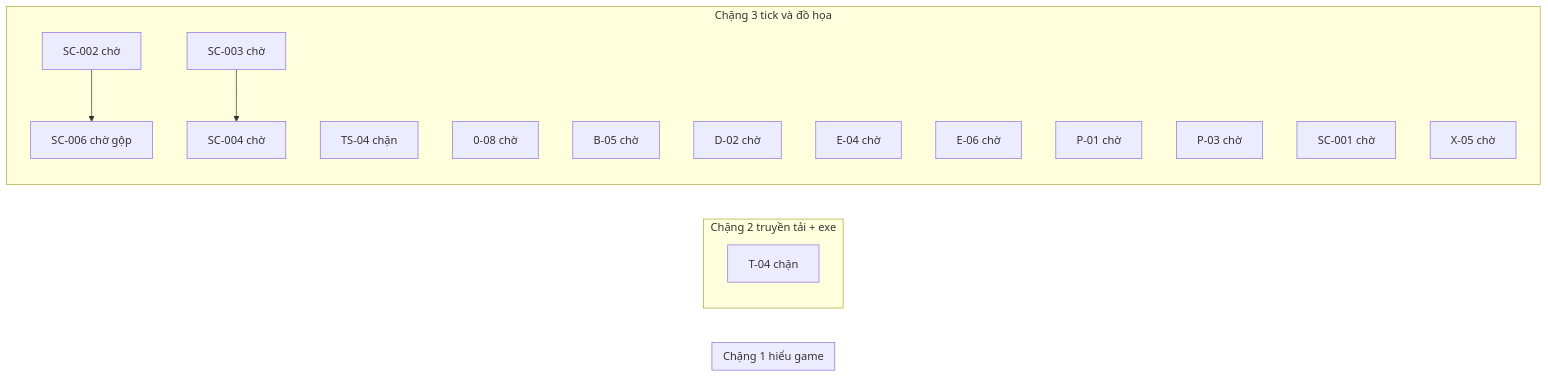
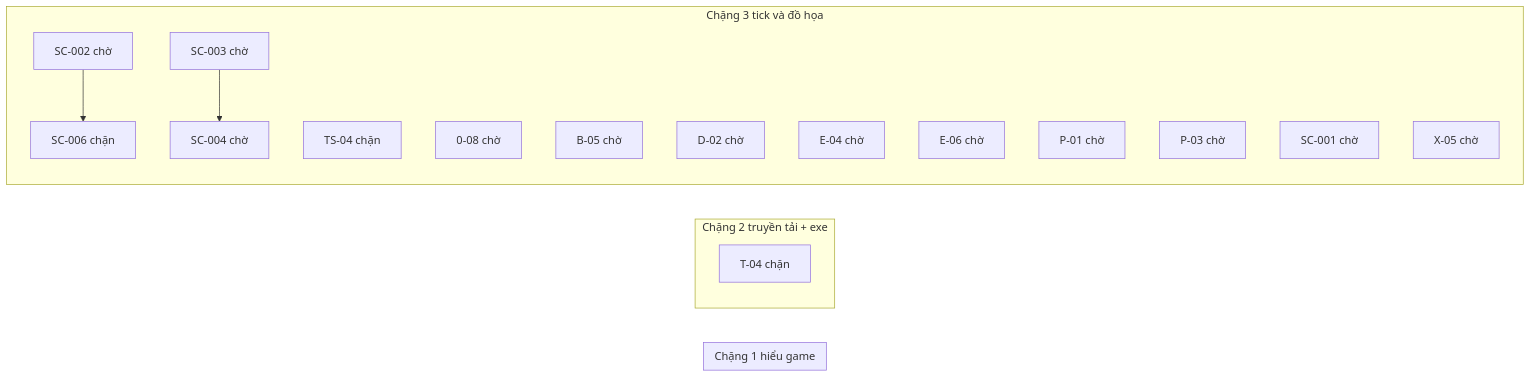
One commit to ndtangoss-dev/jx1-reports changed the diagram in JX1_OPS/STATE/TIEN-DO.md. Above: the diagram before and after it, drawn with Mermaid. The commit also changed other lines of this file and 6 other files, not shown here.

````diff
--- a/JX1_OPS/STATE/TIEN-DO.md
+++ b/JX1_OPS/STATE/TIEN-DO.md
@@ -9,26 +9,26 @@
 ```mermaid
 flowchart LR
   subgraph S1["Chặng 1 hiểu game"]
   end
   subgraph S2["Chặng 2 truyền tải + exe"]
     T_04["T-04 chặn"]
   end
   subgraph S3["Chặng 3 tick và đồ họa"]
-    SC_006["SC-006 chờ gộp"]
+    SC_006["SC-006 chặn"]
     TS_04["TS-04 chặn"]
     0_08["0-08 chờ"]
     B_05["B-05 chờ"]
     D_02["D-02 chờ"]
     E_04["E-04 chờ"]
     E_06["E-06 chờ"]
     P_01["P-01 chờ"]
     P_03["P-03 chờ"]
     SC_001["SC-001 chờ"]
     SC_002["SC-002 chờ"]
     SC_003["SC-003 chờ"]
     SC_004["SC-004 chờ"]
     X_05["X-05 chờ"]
   end
   SC_002 --> SC_006
   SC_003 --> SC_004
 ```
````
